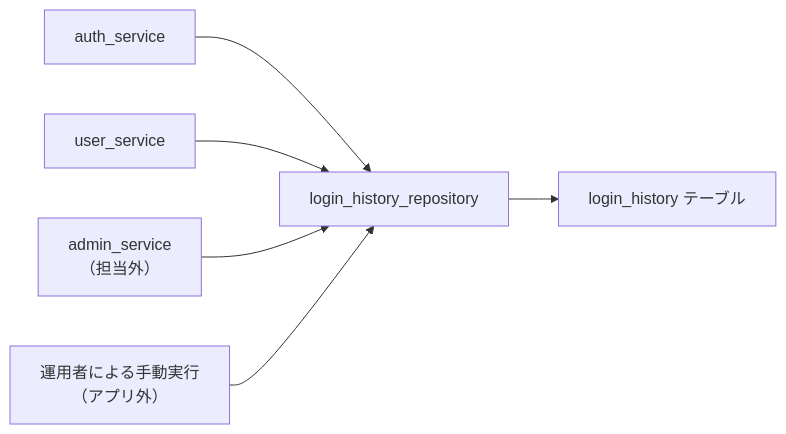
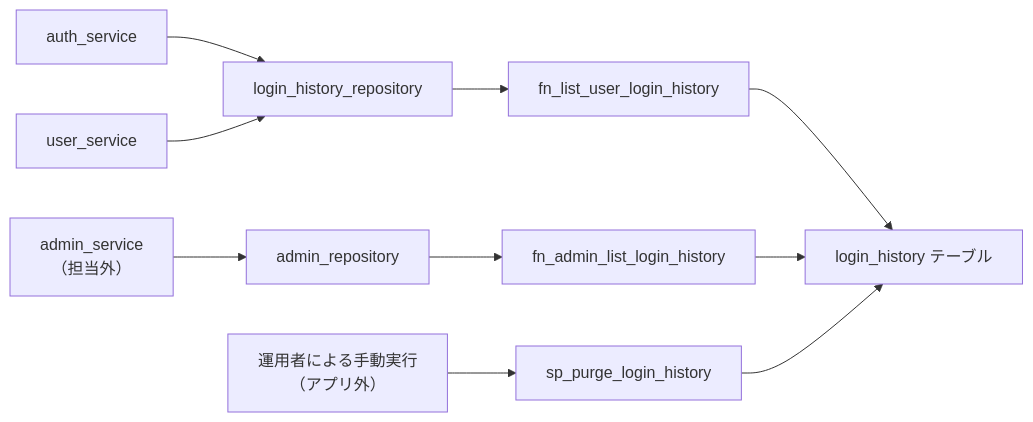
One commit to oikawa-d/task_management changed the third of 3 diagrams in docs/detailed_design/database/03_table_login_history.md. Above: the diagram before and after it, drawn with Mermaid. The commit also changed other lines of this file and 2 other files, not shown here.

````diff
--- a/docs/detailed_design/database/03_table_login_history.md
+++ b/docs/detailed_design/database/03_table_login_history.md
@@ -214,8 +217,12 @@
 ```mermaid
 flowchart LR
     AS["auth_service"] --> LRP["login_history_repository"]
     US["user_service"] --> LRP
-    ADS["admin_service<br/>（担当外）"] --> LRP
-    OPS["運用者による手動実行<br/>（アプリ外）"] --> LRP
-    LRP --> T["login_history テーブル"]
+    ADS["admin_service<br/>（担当外）"] --> ARP["admin_repository"]
+    OPS["運用者による手動実行<br/>（アプリ外）"] --> PURGE["sp_purge_login_history"]
+    LRP --> LFN["fn_list_user_login_history"]
+    ARP --> AFN["fn_admin_list_login_history"]
+    LFN --> T["login_history テーブル"]
+    AFN --> T
+    PURGE --> T
 ```
````
